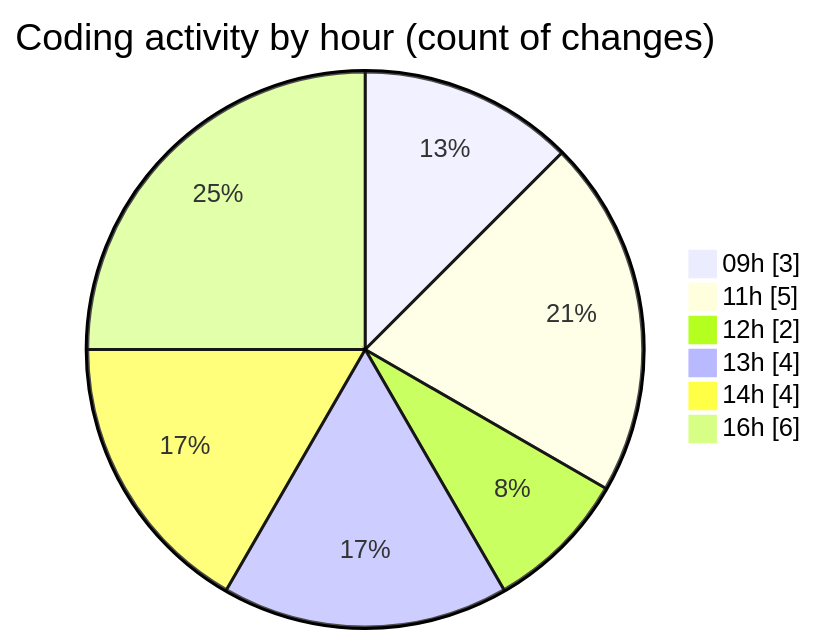
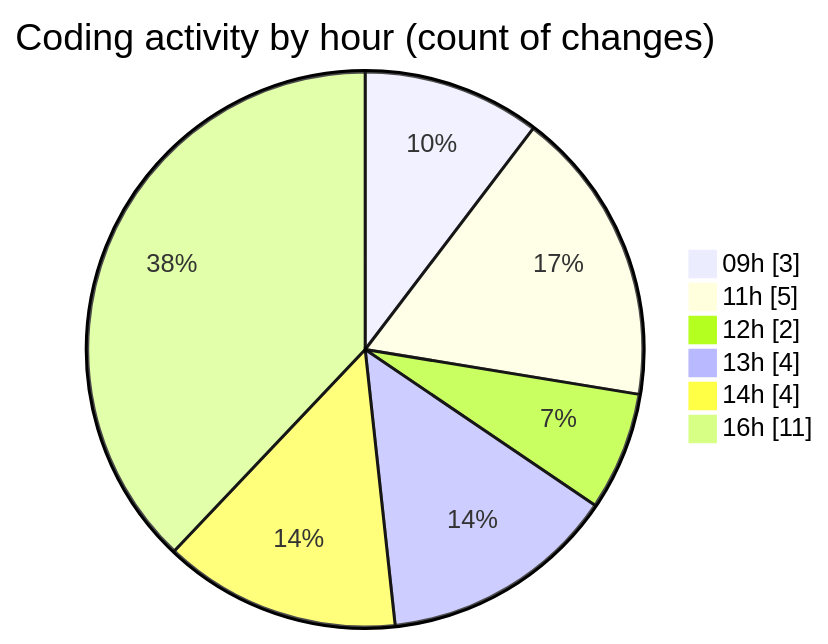
The second of 2 diagrams in 2026-03-03/cilapp/README.md (ricardozamudiocil/code-tracking), drawn with Mermaid before and after one commit. The commit also changed other lines of this file and 1 other file, not shown here.

````diff
--- a/2026-03-03/cilapp/README.md
+++ b/2026-03-03/cilapp/README.md
@@ -35,10 +36,10 @@
 ```mermaid
 pie showData
 title Coding activity by hour (count of changes)
 "09h" : 3
 "11h" : 5
 "12h" : 2
 "13h" : 4
 "14h" : 4
-"16h" : 6
+"16h" : 11
 ```
````
